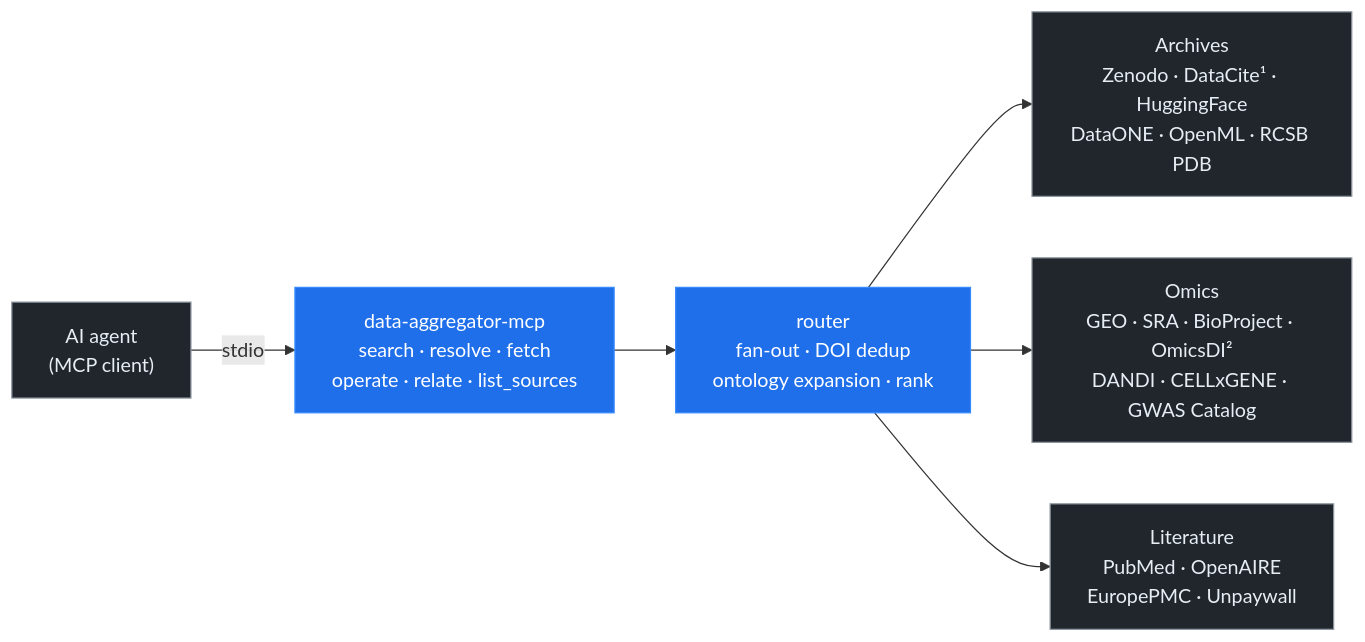
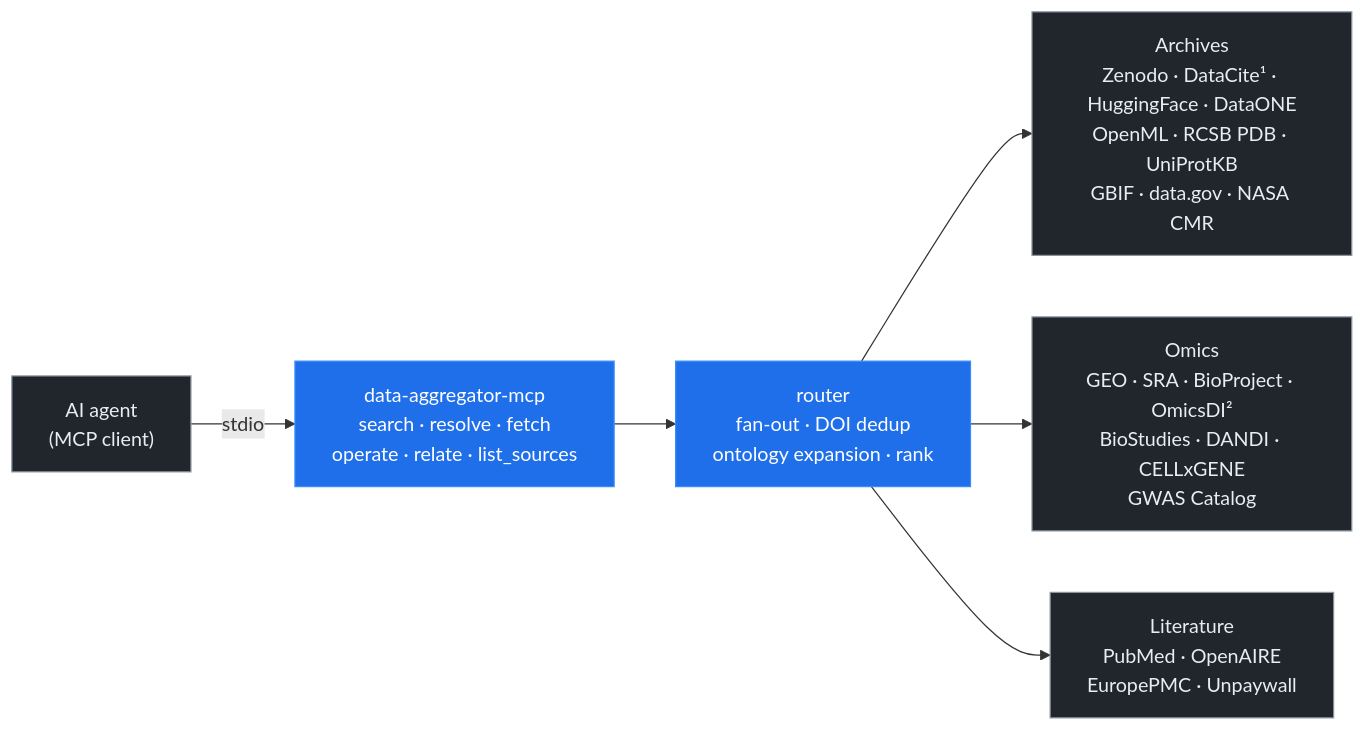
The diagram in docs/assets/architecture.mmd (musharna/data-aggregator-mcp), drawn with Mermaid before and after one commit. The commit also changed 10 other files, not shown here.

```diff
--- a/docs/assets/architecture.mmd
+++ b/docs/assets/architecture.mmd
@@ -1,10 +1,10 @@
 flowchart LR
     A["AI agent<br/>(MCP client)"] -- stdio --> S["data-aggregator-mcp<br/>search · resolve · fetch<br/>operate · relate · list_sources"]
     S --> R["router<br/>fan-out · DOI dedup<br/>ontology expansion · rank"]
-    R --> AR["Archives<br/>Zenodo · DataCite¹ · HuggingFace<br/>DataONE · OpenML · RCSB PDB"]
-    R --> OM["Omics<br/>GEO · SRA · BioProject · OmicsDI²<br/>DANDI · CELLxGENE · GWAS Catalog"]
+    R --> AR["Archives<br/>Zenodo · DataCite¹ · HuggingFace · DataONE<br/>OpenML · RCSB PDB · UniProtKB<br/>GBIF · data.gov · NASA CMR"]
+    R --> OM["Omics<br/>GEO · SRA · BioProject · OmicsDI²<br/>BioStudies · DANDI · CELLxGENE<br/>GWAS Catalog"]
     R --> LI["Literature<br/>PubMed · OpenAIRE<br/>EuropePMC · Unpaywall"]
     classDef hub fill:#1f6feb,color:#ffffff,stroke:#388bfd
     classDef layer fill:#21262d,color:#e6edf3,stroke:#8b949e
     class S,R hub
     class A,AR,OM,LI layer
```
